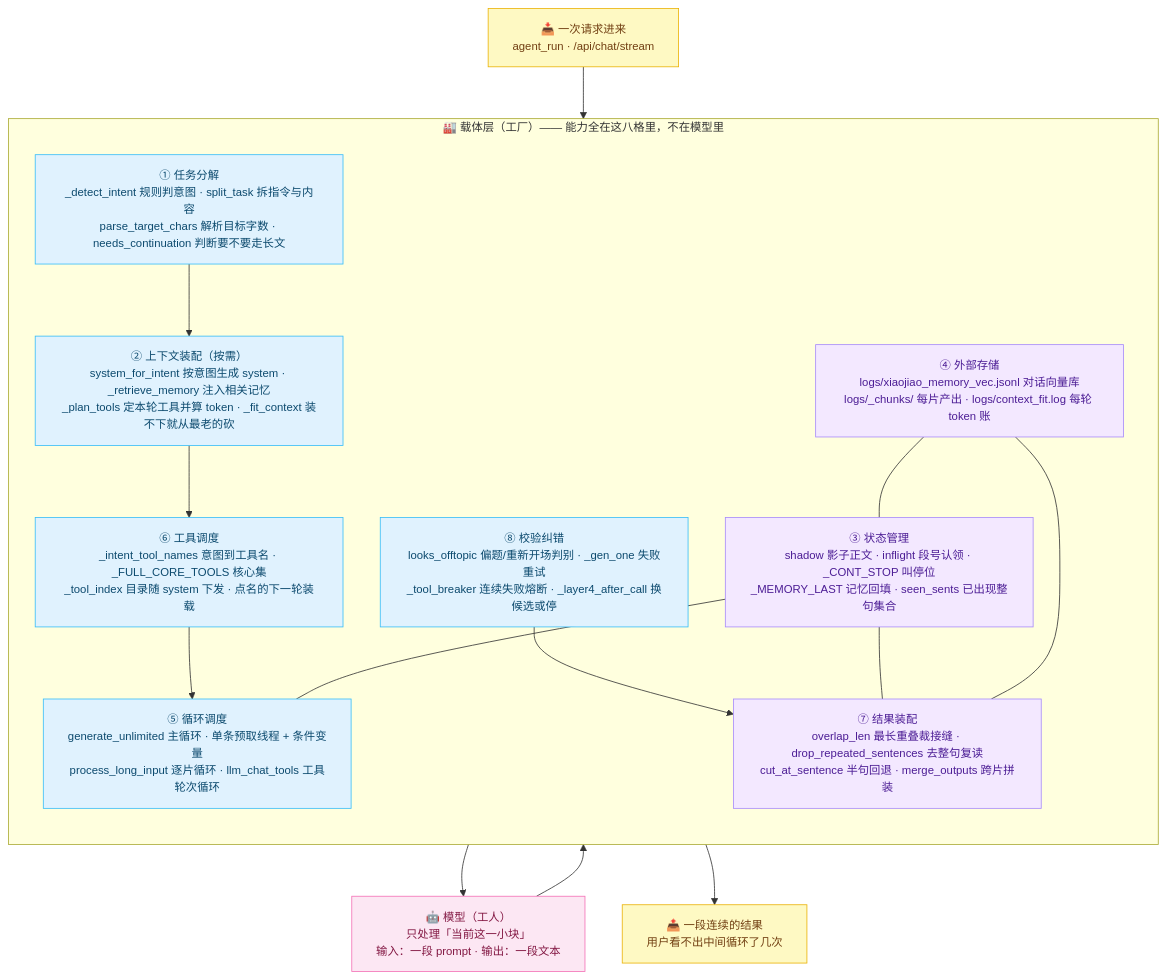
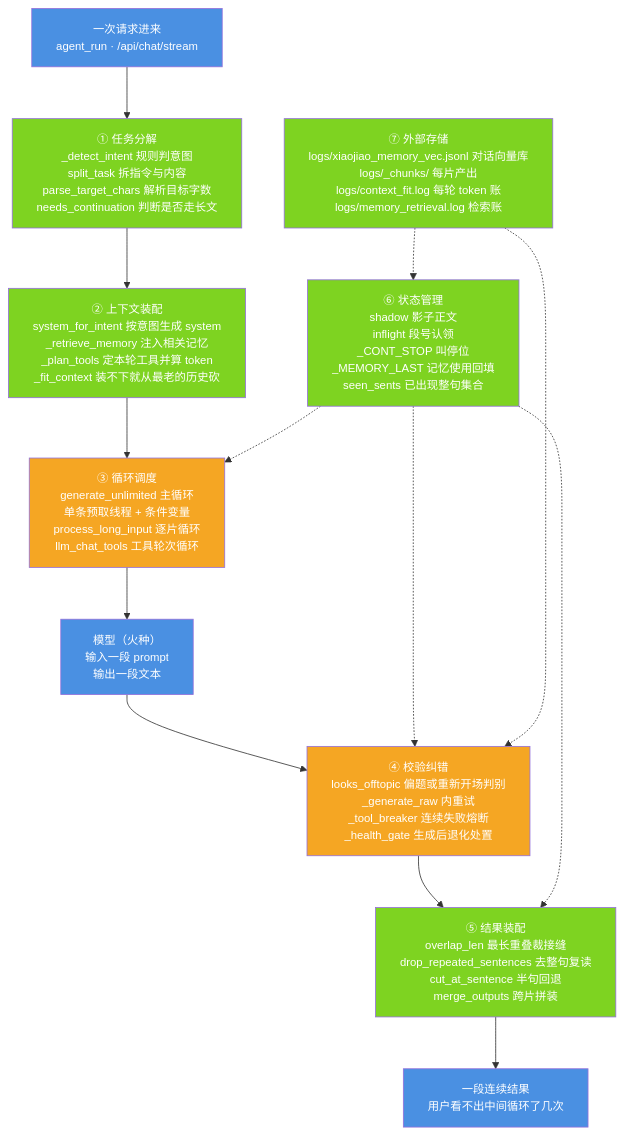
The diagram in docs/six-infinity-diagrams/02-carrier-layer.md (jiangchuangege/xiaojiao-harnees), drawn with Mermaid before and after one commit. The commit also changed other lines of this file and 51 other files, not shown here.

````diff
--- a/docs/six-infinity-diagrams/02-carrier-layer.md
+++ b/docs/six-infinity-diagrams/02-carrier-layer.md
@@ -6,36 +17,32 @@
 ```mermaid
-%%{init: {"themeVariables": {"fontSize": "14px"}, "flowchart": {"htmlLabels": true, "wrappingWidth": 320, "nodeSpacing": 46, "rankSpacing": 64, "useMaxWidth": true}}}%%
 flowchart TB
-    IN["📥 一次请求进来<br/>agent_run · /api/chat/stream"] --> D
+    %%{init: {"themeVariables": {"fontSize": "14px"}, "flowchart": {"htmlLabels": true, "wrappingWidth": 320, "nodeSpacing": 46, "rankSpacing": 64, "useMaxWidth": true}}}%%
+    IN["一次请求进来<br/>agent_run · /api/chat/stream"]
+    D["① 任务分解<br/>_detect_intent 规则判意图<br/>split_task 拆指令与内容<br/>parse_target_chars 解析目标字数<br/>needs_continuation 判断是否走长文"]
+    A["② 上下文装配<br/>system_for_intent 按意图生成 system<br/>_retrieve_memory 注入相关记忆<br/>_plan_tools 定本轮工具并算 token<br/>_fit_context 装不下就从最老的历史砍"]
+    L["③ 循环调度<br/>generate_unlimited 主循环<br/>单条预取线程 + 条件变量<br/>process_long_input 逐片循环<br/>llm_chat_tools 工具轮次循环"]
+    M["模型（火种）<br/>输入一段 prompt<br/>输出一段文本"]
+    V["④ 校验纠错<br/>looks_offtopic 偏题或重新开场判别<br/>_generate_raw 内重试<br/>_tool_breaker 连续失败熔断<br/>_health_gate 生成后退化处置"]
+    R["⑤ 结果装配<br/>overlap_len 最长重叠裁接缝<br/>drop_repeated_sentences 去整句复读<br/>cut_at_sentence 半句回退<br/>merge_outputs 跨片拼装"]
+    S["⑥ 状态管理<br/>shadow 影子正文<br/>inflight 段号认领<br/>_CONT_STOP 叫停位<br/>_MEMORY_LAST 记忆使用回填<br/>seen_sents 已出现整句集合"]
+    OUT["一段连续结果<br/>用户看不出中间循环了几次"]
+    ST["⑦ 外部存储<br/>logs/xiaojiao_memory_vec.jsonl 对话向量库<br/>logs/_chunks/ 每片产出<br/>logs/context_fit.log 每轮 token 账<br/>logs/memory_retrieval.log 检索账"]
 
-    subgraph FACTORY["🏭 载体层（工厂）—— 能力全在这八格里，不在模型里"]
-        direction TB
-        D["① 任务分解<br/>_detect_intent 规则判意图 · split_task 拆指令与内容<br/>parse_target_chars 解析目标字数 · needs_continuation 判断要不要走长文"]
-        A["② 上下文装配（按需）<br/>system_for_intent 按意图生成 system · _retrieve_memory 注入相关记忆<br/>_plan_tools 定本轮工具并算 token · _fit_context 装不下就从最老的砍"]
-        S["③ 状态管理<br/>shadow 影子正文 · inflight 段号认领 · _CONT_STOP 叫停位<br/>_MEMORY_LAST 记忆回填 · seen_sents 已出现整句集合"]
-        E["④ 外部存储<br/>logs/xiaojiao_memory_vec.jsonl 对话向量库<br/>logs/_chunks/ 每片产出 · logs/context_fit.log 每轮 token 账"]
-        L["⑤ 循环调度<br/>generate_unlimited 主循环 · 单条预取线程 + 条件变量<br/>process_long_input 逐片循环 · llm_chat_tools 工具轮次循环"]
-        T["⑥ 工具调度<br/>_intent_tool_names 意图到工具名 · _FULL_CORE_TOOLS 核心集<br/>_tool_index 目录随 system 下发 · 点名的下一轮装载"]
-        R["⑦ 结果装配<br/>overlap_len 最长重叠裁接缝 · drop_repeated_sentences 去整句复读<br/>cut_at_sentence 半句回退 · merge_outputs 跨片拼装"]
-        V["⑧ 校验纠错<br/>looks_offtopic 偏题/重新开场判别 · _gen_one 失败重试<br/>_tool_breaker 连续失败熔断 · _layer4_after_call 换候选或停"]
-    end
+    IN --> D --> A --> L --> M --> V --> R --> OUT
+    S -.-> L
+    S -.-> R
+    S -.-> V
+    ST -.-> S
+    ST -.-> V
 
-    D --> A --> T --> L
-    L --> M["🤖 模型（工人）<br/>只处理「当前这一小块」<br/>输入：一段 prompt · 输出：一段文本"]
-    M --> V
-    V --> R
-    R --> OUT["📤 一段连续的结果<br/>用户看不出中间循环了几次"]
-    S --- L
-    S --- R
-    E --- S
-    E --- R
-
-    classDef io fill:#fef9c3,stroke:#eab308,color:#713f12;
-    classDef fac fill:#e0f2fe,stroke:#38bdf8,color:#0c4a6e;
-    classDef st fill:#f3e8ff,stroke:#a78bfa,color:#4c1d95;
-    classDef mdl fill:#fce7f3,stroke:#f472b6,color:#831843;
-    class IN,OUT io;
-    class D,A,T,L,V fac;
-    class S,E,R st;
-    class M mdl;
+    style IN fill:#4A90E2,color:#fff
+    style M fill:#4A90E2,color:#fff
+    style OUT fill:#4A90E2,color:#fff
+    style D fill:#7ED321,color:#fff
+    style A fill:#7ED321,color:#fff
+    style S fill:#7ED321,color:#fff
+    style ST fill:#7ED321,color:#fff
+    style R fill:#7ED321,color:#fff
+    style L fill:#F5A623,color:#fff
+    style V fill:#F5A623,color:#fff
 ```
````
